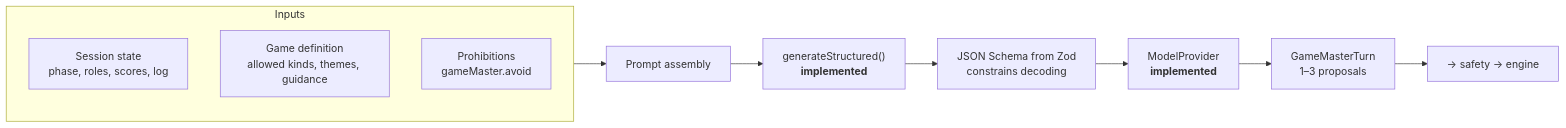
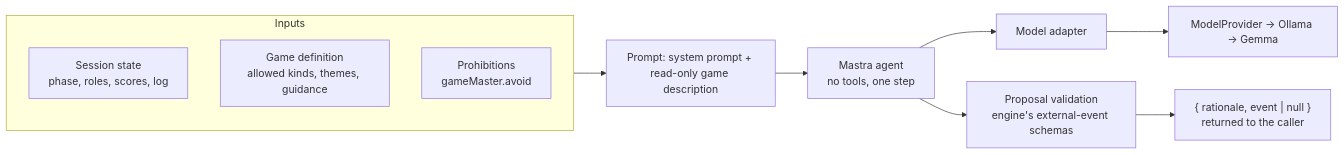
Before and after one commit to SHWETANK-SAURABH/touchgrass-game-master: the second of 9 diagrams in ARCHITECTURE.md, drawn with Mermaid. The commit also changed other lines of this file and 25 other files, not shown here.

First line of the commit message:
feat(ai): validate real Gemma game-master proposals

````diff
--- a/ARCHITECTURE.md
+++ b/ARCHITECTURE.md
@@ -118,15 +119,15 @@
 ```mermaid
 flowchart LR
     subgraph Inputs
         S["Session state<br/>phase, roles, scores, log"]
         D["Game definition<br/>allowed kinds, themes, guidance"]
         P["Prohibitions<br/>gameMaster.avoid"]
     end
 
-    Inputs --> Prompt["Prompt assembly"]
-    Prompt --> GS["generateStructured()<br/><b>implemented</b>"]
-    GS --> Schema["JSON Schema from Zod<br/>constrains decoding"]
-    Schema --> Provider["ModelProvider<br/><b>implemented</b>"]
-    Provider --> Turn["GameMasterTurn<br/>1–3 proposals"]
-    Turn --> Out["→ safety → engine"]
+    Inputs --> Prompt["Prompt: system prompt + read-only game description"]
+    Prompt --> Agent["Mastra agent<br/>no tools, one step"]
+    Agent --> Adapter["Model adapter"]
+    Adapter --> Provider["ModelProvider → Ollama → Gemma"]
+    Agent --> Check["Proposal validation<br/>engine's external-event schemas"]
+    Check --> Out["{ rationale, event | null }<br/>returned to the caller"]
 ```
````
